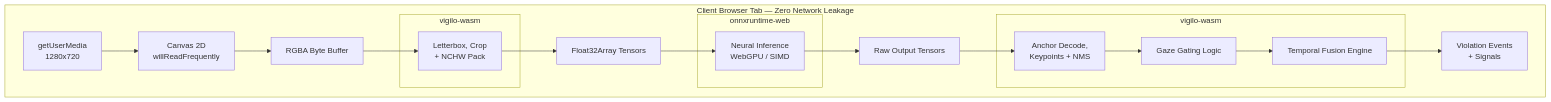
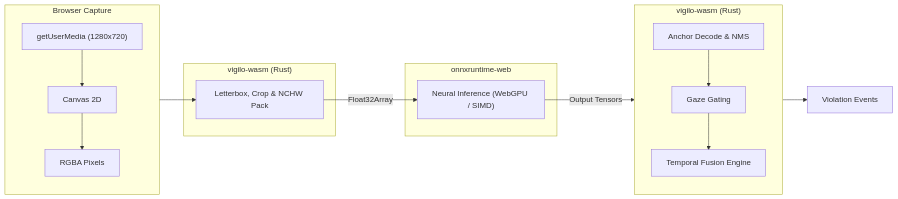
The diagram in docs/guide/what-is-vigilo-wasm.md (Abdullah-Masood-05/vigilo-wasm), drawn with Mermaid before and after one commit. The commit also changed 1 other file, not shown here.

Commit message:
docs: use horizontal flowchart layout to prevent arrow intersection with subgraph titles

````diff
--- a/docs/guide/what-is-vigilo-wasm.md
+++ b/docs/guide/what-is-vigilo-wasm.md
@@ -7,32 +7,25 @@
 ```mermaid
-graph TD
-    subgraph Browser ["Client Browser Tab — Zero Network Leakage"]
-        Cam["getUserMedia<br/>1280x720"] --> Canvas["Canvas 2D<br/>willReadFrequently"]
-        Canvas --> RGBA["RGBA Byte Buffer"]
+flowchart LR
+    subgraph Capture ["Browser Capture"]
+        direction TB
+        Cam["getUserMedia (1280x720)"] --> Canvas["Canvas 2D"] --> RGBA["RGBA Pixels"]
+    end
 
-        subgraph WASM1 ["vigilo-wasm"]
-            Pre["Letterbox, Crop<br/>+ NCHW Pack"]
-        end
+    subgraph Preprocess ["vigilo-wasm (Rust)"]
+        Pre["Letterbox, Crop & NCHW Pack"]
+    end
 
-        RGBA --> Pre
-        Pre --> Tensor["Float32Array Tensors"]
+    subgraph Inference ["onnxruntime-web"]
+        ModelRun["Neural Inference (WebGPU / SIMD)"]
+    end
 
-        subgraph ORT ["onnxruntime-web"]
-            Inference["Neural Inference<br/>WebGPU / SIMD"]
-        end
+    subgraph Fusion ["vigilo-wasm (Rust)"]
+        direction TB
+        Decode["Anchor Decode & NMS"] --> Gate["Gaze Gating"] --> Temporal["Temporal Fusion Engine"]
+    end
 
-        Tensor --> Inference
-        Inference --> Out["Raw Output Tensors"]
-
-        subgraph WASM2 ["vigilo-wasm"]
-            Post["Anchor Decode,<br/>Keypoints + NMS"]
-            Gate["Gaze Gating Logic"]
-            Fusion["Temporal Fusion Engine"]
-        end
-
-        Out --> Post
-        Post --> Gate
-        Gate --> Fusion
-        Fusion --> Events["Violation Events<br/>+ Signals"]
-    end
+    RGBA --> Pre
+    Pre -->|"Float32Array"| ModelRun
+    ModelRun -->|"Output Tensors"| Decode
+    Temporal --> Events["Violation Events"]
 ```
````
